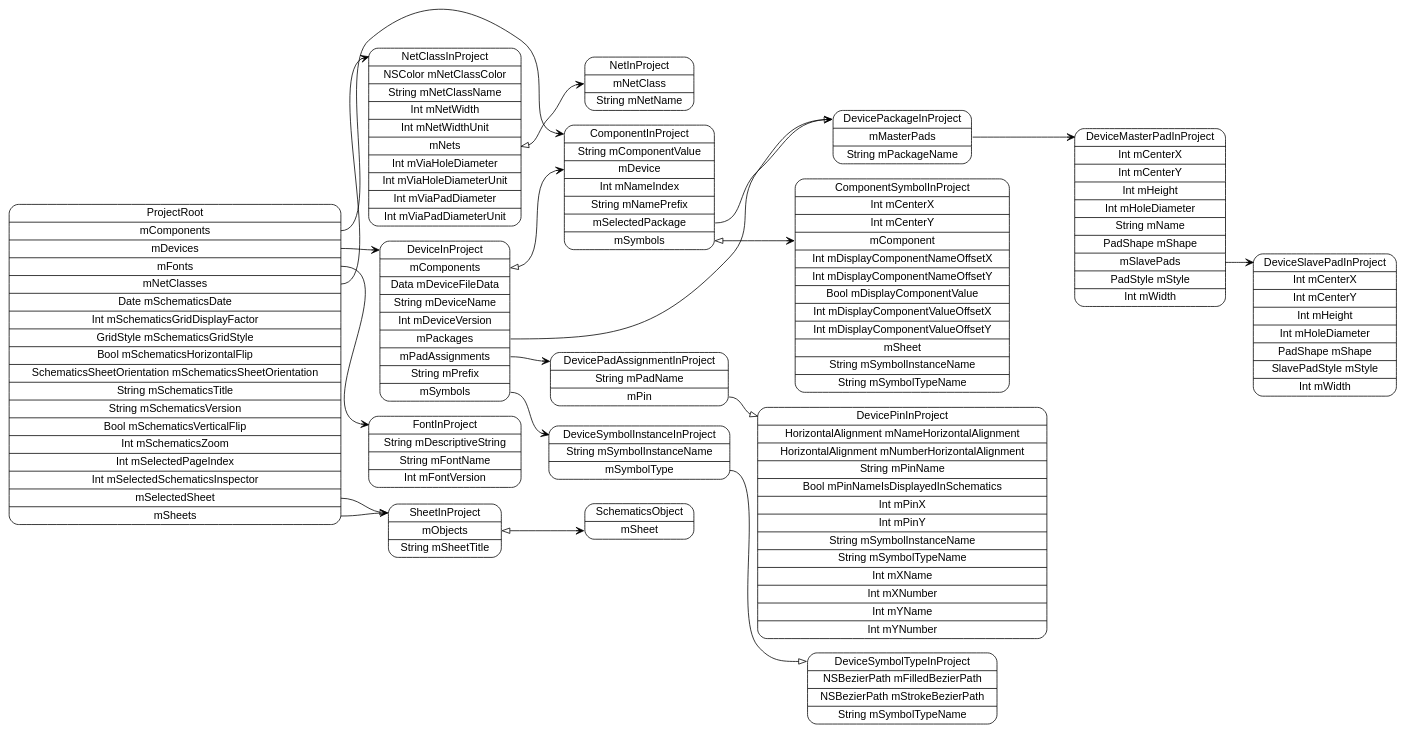
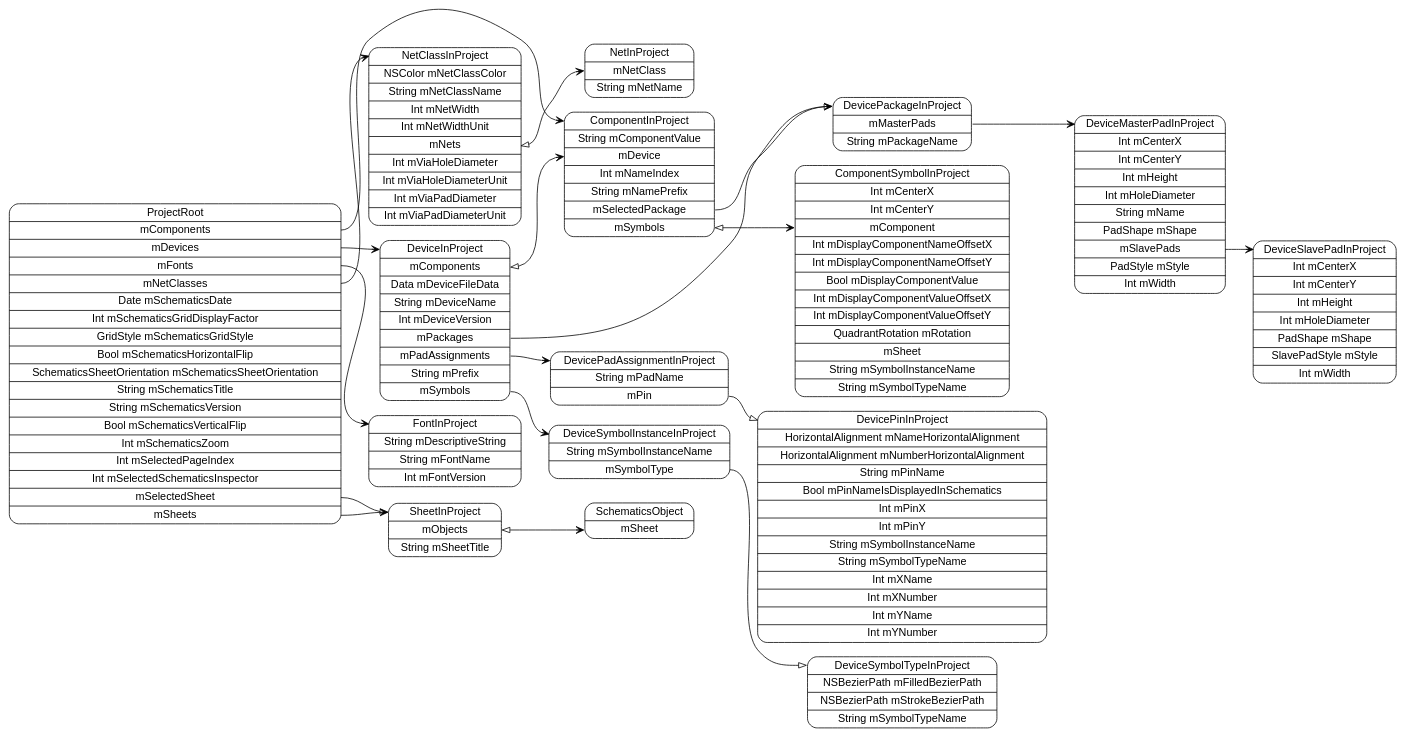
One commit to pierremolinaro/ElCanari-dev changed the diagram in models/ProjectRoot.dot. Above: the diagram before and after it, drawn with Graphviz. The commit also changed 25 other files, not shown here.

Commit message:
Suite rotation symbol dans schéma ; correction arrayController — selectionDisplay

```diff
--- a/models/ProjectRoot.dot
+++ b/models/ProjectRoot.dot
@@ -1,38 +1,38 @@
 digraph G {
   rankdir=LR ;
   node [shape=record fontname=helvetica style=rounded] ;
   ProjectRoot[label="<ProjectRoot>ProjectRoot|<mComponents>mComponents|<mDevices>mDevices|<mFonts>mFonts|<mNetClasses>mNetClasses|Date mSchematicsDate|Int mSchematicsGridDisplayFactor|GridStyle mSchematicsGridStyle|Bool mSchematicsHorizontalFlip|SchematicsSheetOrientation mSchematicsSheetOrientation|String mSchematicsTitle|String mSchematicsVersion|Bool mSchematicsVerticalFlip|Int mSchematicsZoom|Int mSelectedPageIndex|Int mSelectedSchematicsInspector|<mSelectedSheet>mSelectedSheet|<mSheets>mSheets"] ;
   SheetInProject[label="<SheetInProject>SheetInProject|<mObjects>mObjects|String mSheetTitle"] ;
   SchematicsObject[label="<SchematicsObject>SchematicsObject|<mSheet>mSheet"] ;
   NetClassInProject[label="<NetClassInProject>NetClassInProject|NSColor mNetClassColor|String mNetClassName|Int mNetWidth|Int mNetWidthUnit|<mNets>mNets|Int mViaHoleDiameter|Int mViaHoleDiameterUnit|Int mViaPadDiameter|Int mViaPadDiameterUnit"] ;
   NetInProject[label="<NetInProject>NetInProject|<mNetClass>mNetClass|String mNetName"] ;
   FontInProject[label="<FontInProject>FontInProject|String mDescriptiveString|String mFontName|Int mFontVersion"] ;
   DeviceInProject[label="<DeviceInProject>DeviceInProject|<mComponents>mComponents|Data mDeviceFileData|String mDeviceName|Int mDeviceVersion|<mPackages>mPackages|<mPadAssignments>mPadAssignments|String mPrefix|<mSymbols>mSymbols"] ;
   DeviceSymbolInstanceInProject[label="<DeviceSymbolInstanceInProject>DeviceSymbolInstanceInProject|String mSymbolInstanceName|<mSymbolType>mSymbolType"] ;
   DeviceSymbolTypeInProject[label="<DeviceSymbolTypeInProject>DeviceSymbolTypeInProject|NSBezierPath mFilledBezierPath|NSBezierPath mStrokeBezierPath|String mSymbolTypeName"] ;
   DevicePadAssignmentInProject[label="<DevicePadAssignmentInProject>DevicePadAssignmentInProject|String mPadName|<mPin>mPin"] ;
   DevicePinInProject[label="<DevicePinInProject>DevicePinInProject|HorizontalAlignment mNameHorizontalAlignment|HorizontalAlignment mNumberHorizontalAlignment|String mPinName|Bool mPinNameIsDisplayedInSchematics|Int mPinX|Int mPinY|String mSymbolInstanceName|String mSymbolTypeName|Int mXName|Int mXNumber|Int mYName|Int mYNumber"] ;
   DevicePackageInProject[label="<DevicePackageInProject>DevicePackageInProject|<mMasterPads>mMasterPads|String mPackageName"] ;
   DeviceMasterPadInProject[label="<DeviceMasterPadInProject>DeviceMasterPadInProject|Int mCenterX|Int mCenterY|Int mHeight|Int mHoleDiameter|String mName|PadShape mShape|<mSlavePads>mSlavePads|PadStyle mStyle|Int mWidth"] ;
   DeviceSlavePadInProject[label="<DeviceSlavePadInProject>DeviceSlavePadInProject|Int mCenterX|Int mCenterY|Int mHeight|Int mHoleDiameter|PadShape mShape|SlavePadStyle mStyle|Int mWidth"] ;
   ComponentInProject[label="<ComponentInProject>ComponentInProject|String mComponentValue|<mDevice>mDevice|Int mNameIndex|String mNamePrefix|<mSelectedPackage>mSelectedPackage|<mSymbols>mSymbols"] ;
-  ComponentSymbolInProject[label="<ComponentSymbolInProject>ComponentSymbolInProject|Int mCenterX|Int mCenterY|<mComponent>mComponent|Int mDisplayComponentNameOffsetX|Int mDisplayComponentNameOffsetY|Bool mDisplayComponentValue|Int mDisplayComponentValueOffsetX|Int mDisplayComponentValueOffsetY|<mSheet>mSheet|String mSymbolInstanceName|String mSymbolTypeName"] ;
+  ComponentSymbolInProject[label="<ComponentSymbolInProject>ComponentSymbolInProject|Int mCenterX|Int mCenterY|<mComponent>mComponent|Int mDisplayComponentNameOffsetX|Int mDisplayComponentNameOffsetY|Bool mDisplayComponentValue|Int mDisplayComponentValueOffsetX|Int mDisplayComponentValueOffsetY|QuadrantRotation mRotation|<mSheet>mSheet|String mSymbolInstanceName|String mSymbolTypeName"] ;
   ProjectRoot:mComponents -> ComponentInProject:ComponentInProject [dir=both arrowtail=none arrowhead=vee] ;
   ProjectRoot:mDevices -> DeviceInProject:DeviceInProject [dir=both arrowtail=none arrowhead=vee] ;
   ProjectRoot:mFonts -> FontInProject:FontInProject [dir=both arrowtail=none arrowhead=vee] ;
   ProjectRoot:mNetClasses -> NetClassInProject:NetClassInProject [dir=both arrowtail=none arrowhead=vee] ;
   ProjectRoot:mSelectedSheet -> SheetInProject:SheetInProject [dir=both arrowtail=none arrowhead=onormal] ;
   ProjectRoot:mSheets -> SheetInProject:SheetInProject [dir=both arrowtail=none arrowhead=vee] ;
   SheetInProject:mObjects -> SchematicsObject:mSheet [dir=both arrowtail=onormal arrowhead=vee] ;
   NetClassInProject:mNets -> NetInProject:mNetClass [dir=both arrowtail=onormal arrowhead=vee] ;
   DeviceInProject:mComponents -> ComponentInProject:mDevice [dir=both arrowtail=onormal arrowhead=vee] ;
   DeviceInProject:mPackages -> DevicePackageInProject:DevicePackageInProject [dir=both arrowtail=none arrowhead=vee] ;
   DeviceInProject:mPadAssignments -> DevicePadAssignmentInProject:DevicePadAssignmentInProject [dir=both arrowtail=none arrowhead=vee] ;
   DeviceInProject:mSymbols -> DeviceSymbolInstanceInProject:DeviceSymbolInstanceInProject [dir=both arrowtail=none arrowhead=vee] ;
   DeviceSymbolInstanceInProject:mSymbolType -> DeviceSymbolTypeInProject:DeviceSymbolTypeInProject [dir=both arrowtail=none arrowhead=onormal] ;
   DevicePadAssignmentInProject:mPin -> DevicePinInProject:DevicePinInProject [dir=both arrowtail=none arrowhead=onormal] ;
   DevicePackageInProject:mMasterPads -> DeviceMasterPadInProject:DeviceMasterPadInProject [dir=both arrowtail=none arrowhead=vee] ;
   DeviceMasterPadInProject:mSlavePads -> DeviceSlavePadInProject:DeviceSlavePadInProject [dir=both arrowtail=none arrowhead=vee] ;
   ComponentInProject:mSelectedPackage -> DevicePackageInProject:DevicePackageInProject [dir=both arrowtail=none arrowhead=onormal] ;
   ComponentInProject:mSymbols -> ComponentSymbolInProject:mComponent [dir=both arrowtail=onormal arrowhead=vee] ;
 }
```
